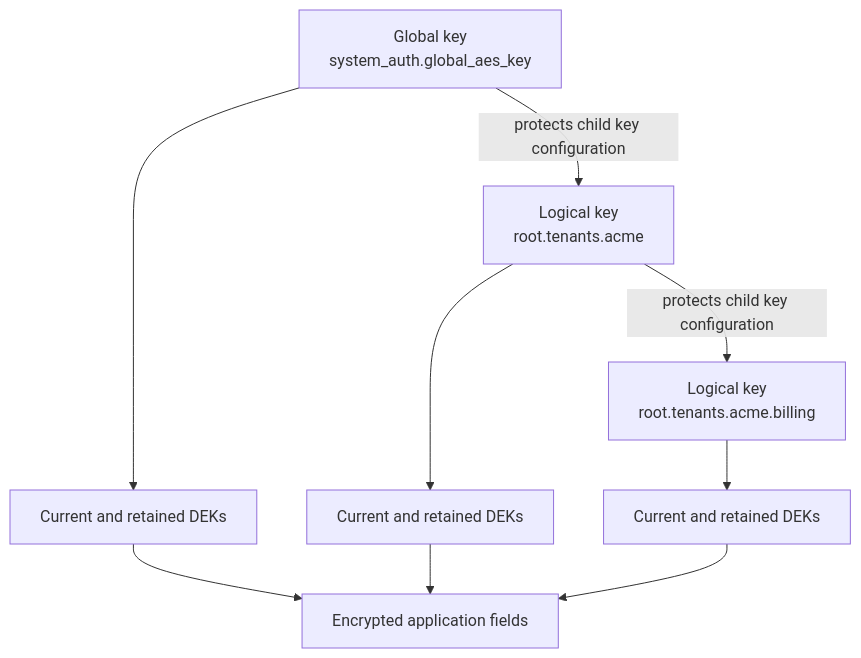
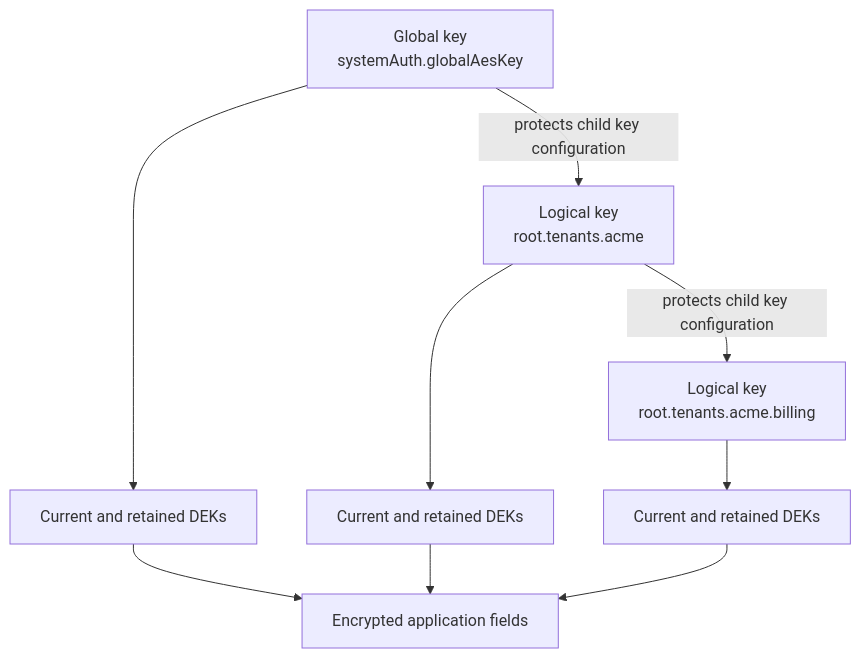
One commit to rmorlok/authproxy changed the diagram in docs/src/content/docs/security/encryption.md. Above: the diagram before and after it, drawn with Mermaid. The commit also changed other lines of this file and 23 other files, not shown here.

````diff
--- a/docs/src/content/docs/security/encryption.md
+++ b/docs/src/content/docs/security/encryption.md
@@ -53,19 +53,19 @@
 ```mermaid
 flowchart TD
-    Global["Global key<br/>system_auth.global_aes_key"]
+    Global["Global key<br/>systemAuth.globalAesKey"]
     Tenant["Logical key<br/>root.tenants.acme"]
     App["Logical key<br/>root.tenants.acme.billing"]
     GDEK["Current and retained DEKs"]
     TDEK["Current and retained DEKs"]
     ADEK["Current and retained DEKs"]
     Data["Encrypted application fields"]
 
     Global --> GDEK
     Global -->|"protects child key configuration"| Tenant
     Tenant --> TDEK
     Tenant -->|"protects child key configuration"| App
     App --> ADEK
     GDEK --> Data
     TDEK --> Data
     ADEK --> Data
 ```
````
